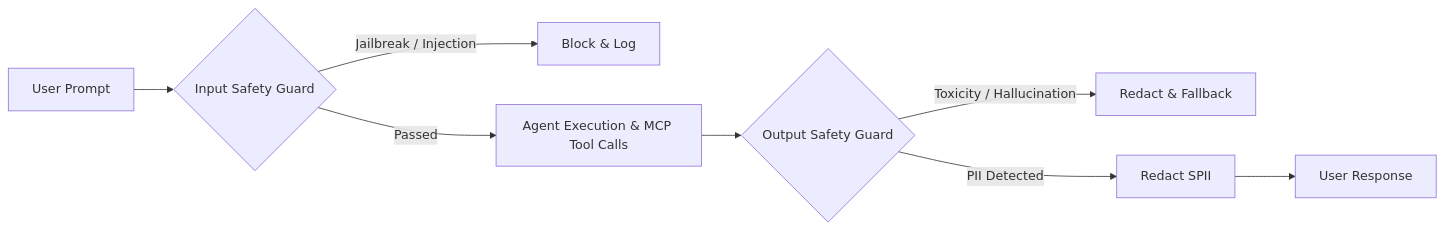
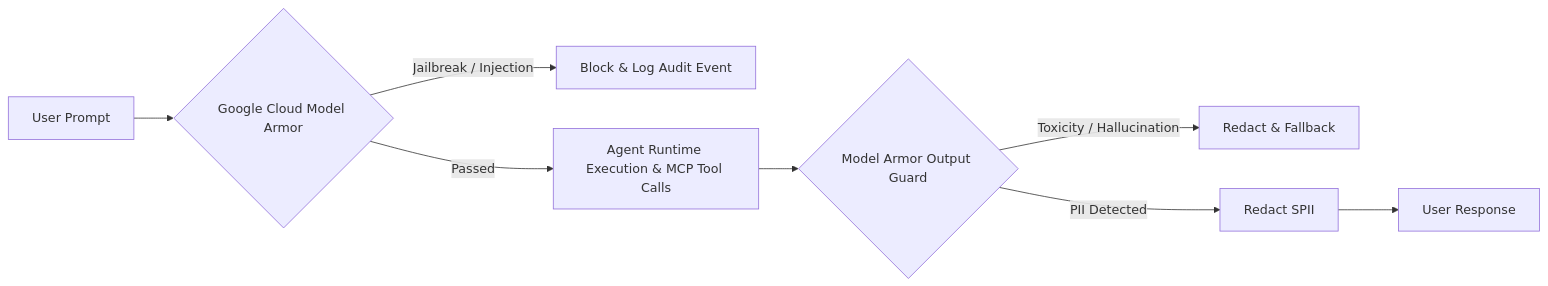
The fifth of 6 diagrams in SDD_Project_Elevate.md (yangwhale/elevate-bj-g4), drawn with Mermaid before and after one commit. The commit also changed other lines of this file, not shown here.

Commit message:
Update SDD with Google Cloud Model Armor, Vertex AI Search RAG, and Agent Runtime Session Service

````diff
--- a/SDD_Project_Elevate.md
+++ b/SDD_Project_Elevate.md
@@ -214,10 +218,10 @@
 ```mermaid
 graph LR
-    UserPrompt[User Prompt] --> InputGuard{Input Safety Guard}
-    InputGuard -->|Jailbreak / Injection| BlockInput[Block & Log]
-    InputGuard -->|Passed| AgentExec[Agent Execution & MCP Tool Calls]
-    AgentExec --> OutputGuard{Output Safety Guard}
-    OutputGuard -->|Toxicity / Hallucination| BlockOutput[Redact & Fallback]
-    OutputGuard -->|PII Detected| MaskPII[Redact SPII]
+    UserPrompt[User Prompt] --> ModelArmor{Google Cloud Model Armor}
+    ModelArmor -->|Jailbreak / Injection| BlockInput[Block & Log Audit Event]
+    ModelArmor -->|Passed| AgentExec[Agent Runtime Execution & MCP Tool Calls]
+    AgentExec --> OutputArmor{Model Armor Output Guard}
+    OutputArmor -->|Toxicity / Hallucination| BlockOutput[Redact & Fallback]
+    OutputArmor -->|PII Detected| MaskPII[Redact SPII]
     MaskPII --> FinalResponse[User Response]
 ```
````
